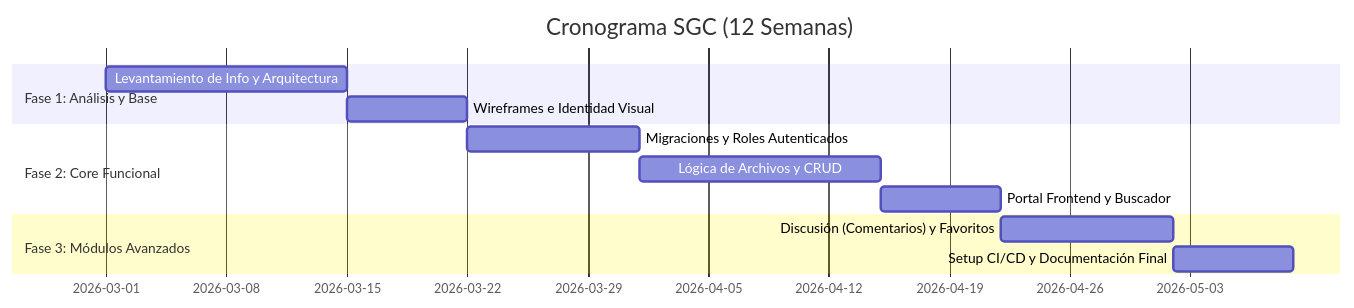
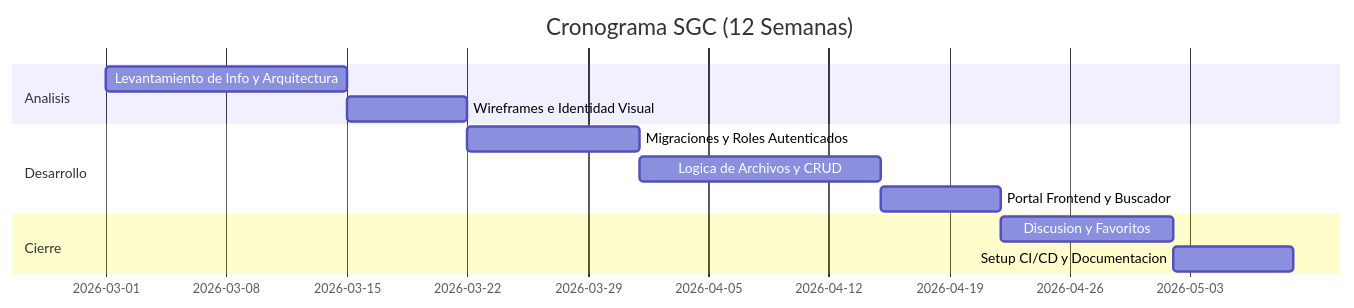
Before and after one commit to TLShinobi/SGC: the fifth of 5 diagrams in README.md, drawn with Mermaid. The commit also changed other lines of this file, not shown here.

Commit message:
Arreglo de Diagramas

````diff
--- a/README.md
+++ b/README.md
@@ -165,15 +160,15 @@
 ```mermaid
 gantt
     title Cronograma SGC (12 Semanas)
     dateFormat  YYYY-MM-DD
-    section Fase 1: Análisis y Base
+    section Analisis
     Levantamiento de Info y Arquitectura :a1, 2026-03-01, 14d
     Wireframes e Identidad Visual        :a2, after a1, 7d
-    section Fase 2: Core Funcional
+    section Desarrollo
     Migraciones y Roles Autenticados     :b1, 2026-03-22, 10d
-    Lógica de Archivos y CRUD            :b2, after b1, 14d
+    Logica de Archivos y CRUD            :b2, after b1, 14d
     Portal Frontend y Buscador           :b3, after b2, 7d
-    section Fase 3: Módulos Avanzados
-    Discusión (Comentarios) y Favoritos  :c1, 2026-04-22, 10d
-    Setup CI/CD y Documentación Final    :c2, after c1, 7d
+    section Cierre
+    Discusion y Favoritos                :c1, 2026-04-22, 10d
+    Setup CI/CD y Documentacion          :c2, after c1, 7d
 ```
````
